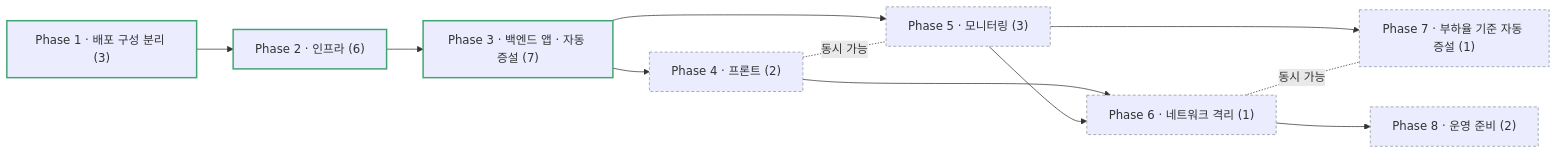
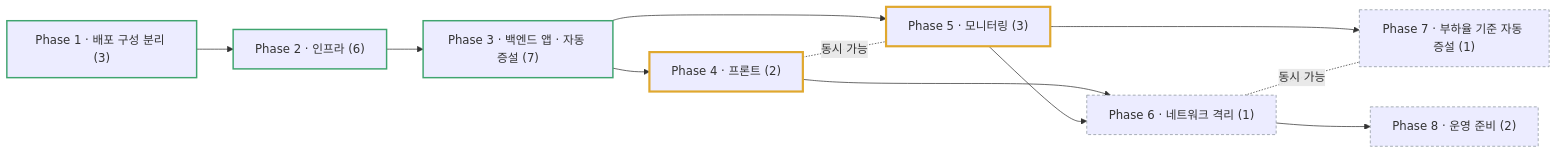
One commit to HaSungJe/deskless changed the diagram in .beaver/output/roadmap/k8s-roadmap.md. Above: the diagram before and after it, drawn with Mermaid. The commit also changed other lines of this file and 40 other files, not shown here.

````diff
--- a/.beaver/output/roadmap/k8s-roadmap.md
+++ b/.beaver/output/roadmap/k8s-roadmap.md
@@ -9,16 +9,16 @@
 ```mermaid
 flowchart LR
   P1["Phase 1 · 배포 구성 분리 (3)"]:::done --> P2["Phase 2 · 인프라 (6)"]:::done
   P2 --> P3["Phase 3 · 백엔드 앱 · 자동 증설 (7)"]:::done
-  P3 --> P4["Phase 4 · 프론트 (2)"]:::todo
-  P3 --> P5["Phase 5 · 모니터링 (3)"]:::todo
+  P3 --> P4["Phase 4 · 프론트 (2)"]:::inprog
+  P3 --> P5["Phase 5 · 모니터링 (3)"]:::inprog
   P4 -. 동시 가능 .- P5
   P4 --> P6["Phase 6 · 네트워크 격리 (1)"]:::todo
   P5 --> P6
   P5 --> P7["Phase 7 · 부하율 기준 자동 증설 (1)"]:::todo
   P6 -. 동시 가능 .- P7
   P6 --> P8["Phase 8 · 운영 준비 (2)"]:::todo
   classDef done stroke:#3fa46f,stroke-width:2px
   classDef inprog stroke:#e0a82e,stroke-width:3px
   classDef todo stroke:#8a949c,stroke-width:1px,stroke-dasharray:4 3
 ```
````
